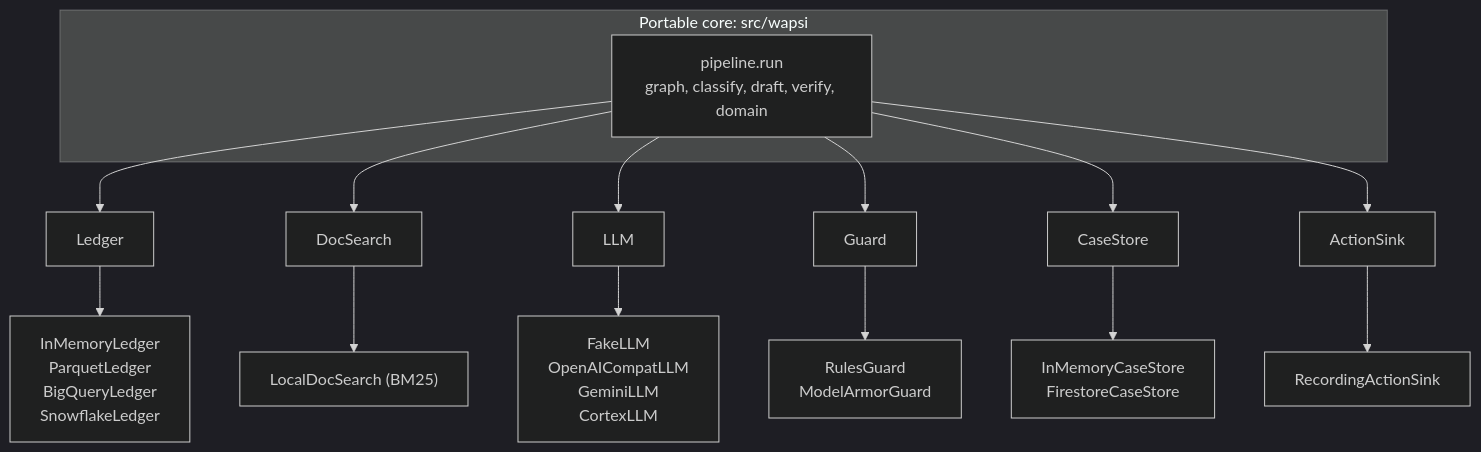
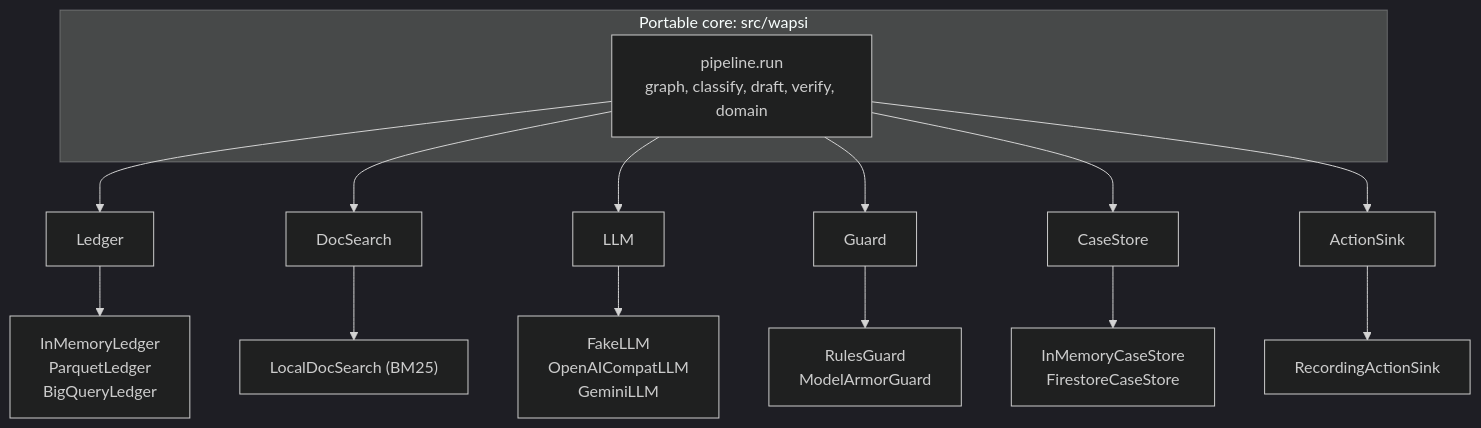
Before and after one commit to GODOSTROYER/wapsi: the second of 7 diagrams in docs/architecture.md, drawn with Mermaid (dark theme). The commit also changed other lines of this file and 146 other files, not shown here.

````diff
--- a/docs/architecture.md
+++ b/docs/architecture.md
@@ -93,18 +93,18 @@
 ```mermaid
 flowchart TB
     subgraph CORE["Portable core: src/wapsi"]
         PIPE["pipeline.run<br/>graph, classify, draft, verify, domain"]
     end
     PIPE --> L["Ledger"]
     PIPE --> D["DocSearch"]
     PIPE --> M["LLM"]
     PIPE --> G["Guard"]
     PIPE --> S["CaseStore"]
     PIPE --> A["ActionSink"]
-    L --> L1["InMemoryLedger<br/>ParquetLedger<br/>BigQueryLedger<br/>SnowflakeLedger"]
+    L --> L1["InMemoryLedger<br/>ParquetLedger<br/>BigQueryLedger"]
     D --> D1["LocalDocSearch (BM25)"]
-    M --> M1["FakeLLM<br/>OpenAICompatLLM<br/>GeminiLLM<br/>CortexLLM"]
+    M --> M1["FakeLLM<br/>OpenAICompatLLM<br/>GeminiLLM"]
     G --> G1["RulesGuard<br/>ModelArmorGuard"]
     S --> S1["InMemoryCaseStore<br/>FirestoreCaseStore"]
     A --> A1["RecordingActionSink"]
 ```
````
